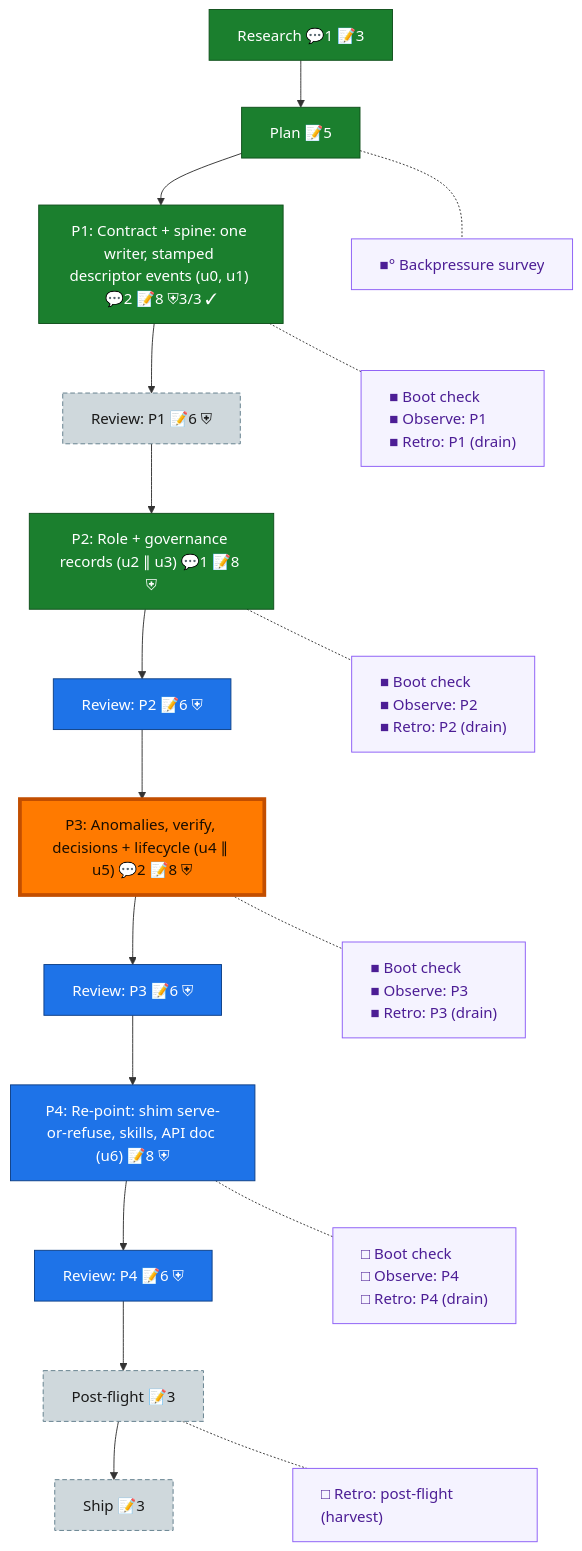
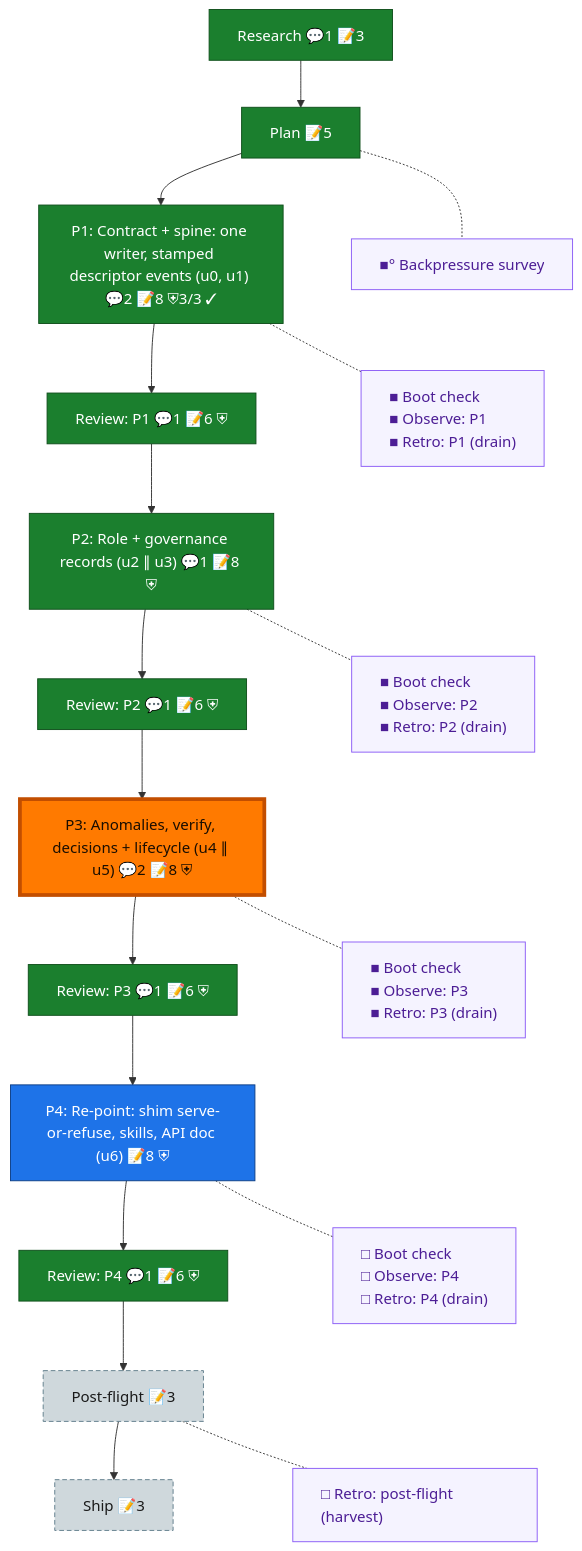
One commit to vaughanknight/pij changed the diagram in docs/plans/139-rs-governance-port/the-flow.md. Above: the diagram before and after it, drawn with Mermaid. The commit also changed other lines of this file and 17 other files, not shown here.

````diff
--- a/docs/plans/139-rs-governance-port/the-flow.md
+++ b/docs/plans/139-rs-governance-port/the-flow.md
@@ -8,43 +8,43 @@
 ```mermaid
 flowchart TD
     research["Research 💬1 📝3"]:::done
     plan["Plan 📝5"]:::done
     phase_1["P1: Contract + spine: one writer, stamped descriptor events (u0, u1) 💬2 📝8 ⛨3/3 ✓"]:::done
-    review_1["Review: P1 📝6 ⛨"]:::assumed
+    review_1["Review: P1 💬1 📝6 ⛨"]:::done
     phase_2["P2: Role + governance records (u2 ∥ u3) 💬1 📝8 ⛨"]:::done
-    review_2["Review: P2 📝6 ⛨"]:::known
+    review_2["Review: P2 💬1 📝6 ⛨"]:::done
     phase_3["P3: Anomalies, verify, decisions + lifecycle (u4 ∥ u5) 💬2 📝8 ⛨"]:::wip
-    review_3["Review: P3 📝6 ⛨"]:::known
+    review_3["Review: P3 💬1 📝6 ⛨"]:::done
     phase_4["P4: Re-point: shim serve-or-refuse, skills, API doc (u6) 📝8 ⛨"]:::known
-    review_4["Review: P4 📝6 ⛨"]:::known
+    review_4["Review: P4 💬1 📝6 ⛨"]:::done
     post_flight["Post-flight 📝3"]:::assumed
     ship["Ship 📝3"]:::assumed
 
     research --> plan --> phase_1 --> review_1 --> phase_2 --> review_2 --> phase_3 --> review_3 --> phase_4 --> review_4 --> post_flight --> ship
 
     planC["■° Backpressure survey"]:::chore
     phase_1C["■ Boot check<br/>■ Observe: P1<br/>■ Retro: P1 (drain)"]:::chore
     phase_2C["■ Boot check<br/>■ Observe: P2<br/>■ Retro: P2 (drain)"]:::chore
     phase_3C["■ Boot check<br/>■ Observe: P3<br/>■ Retro: P3 (drain)"]:::chore
     phase_4C["□ Boot check<br/>□ Observe: P4<br/>□ Retro: P4 (drain)"]:::chore
     post_flightC["□ Retro: post-flight (harvest)"]:::chore
 
     %% invisible chain holds the gutter boxes in their own column
     planC ~~~ phase_1C ~~~ phase_2C ~~~ phase_3C ~~~ phase_4C ~~~ post_flightC
 
     %% dotted links pull each gutter box beside its node
     plan -.- planC
     phase_1 -.- phase_1C
     phase_2 -.- phase_2C
     phase_3 -.- phase_3C
     phase_4 -.- phase_4C
     post_flight -.- post_flightC
 
     classDef done fill:#1B7F2E,stroke:#0F4F1B,color:#fff;
     classDef wip fill:#43C04A,stroke:#1B7F2E,color:#04210A;
     classDef known fill:#1E73E8,stroke:#0D3F86,color:#fff;
     classDef assumed fill:#CFD8DC,stroke:#607D8B,color:#1a1a1a,stroke-dasharray:5 3;
     classDef chore fill:#f5f3ff,stroke:#8b5cf6,color:#4c1d95,text-align:left;
     classDef current fill:#FF7A00,stroke:#C24E00,color:#1a0e00,stroke-width:4px;
     class phase_3 current;
 ```
````
